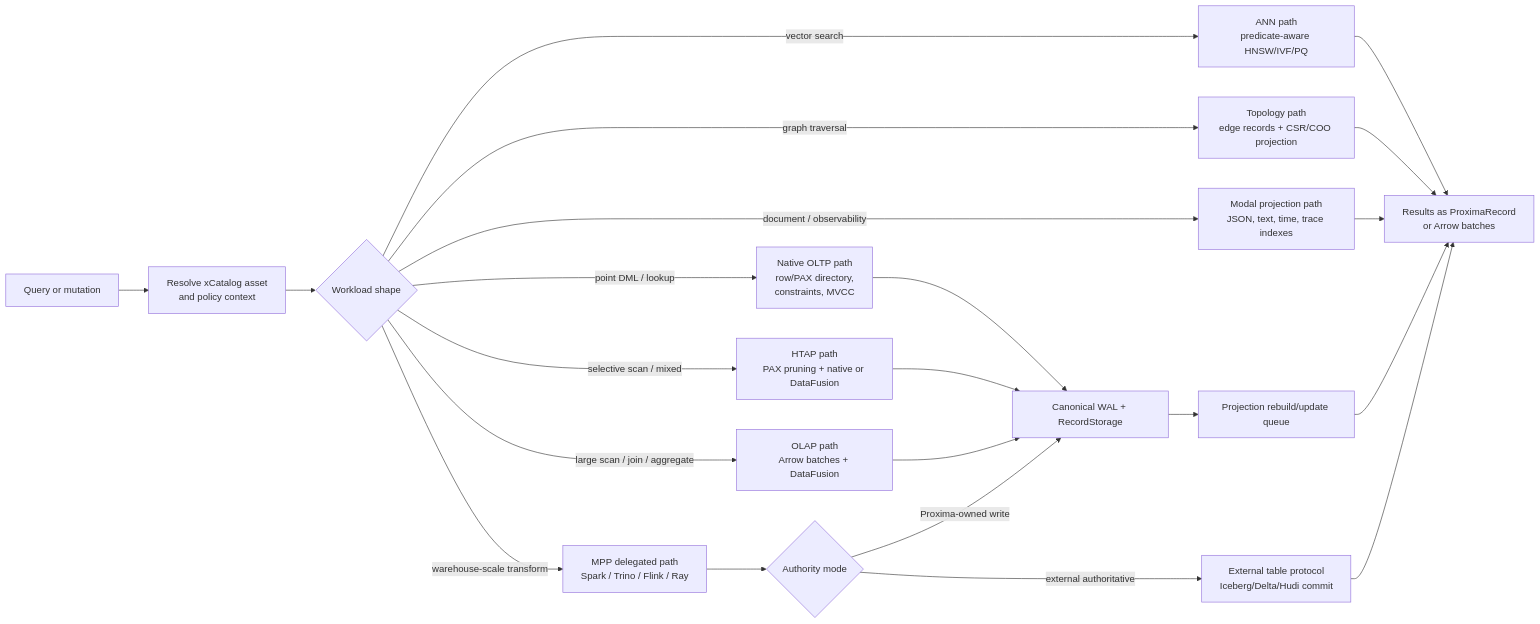
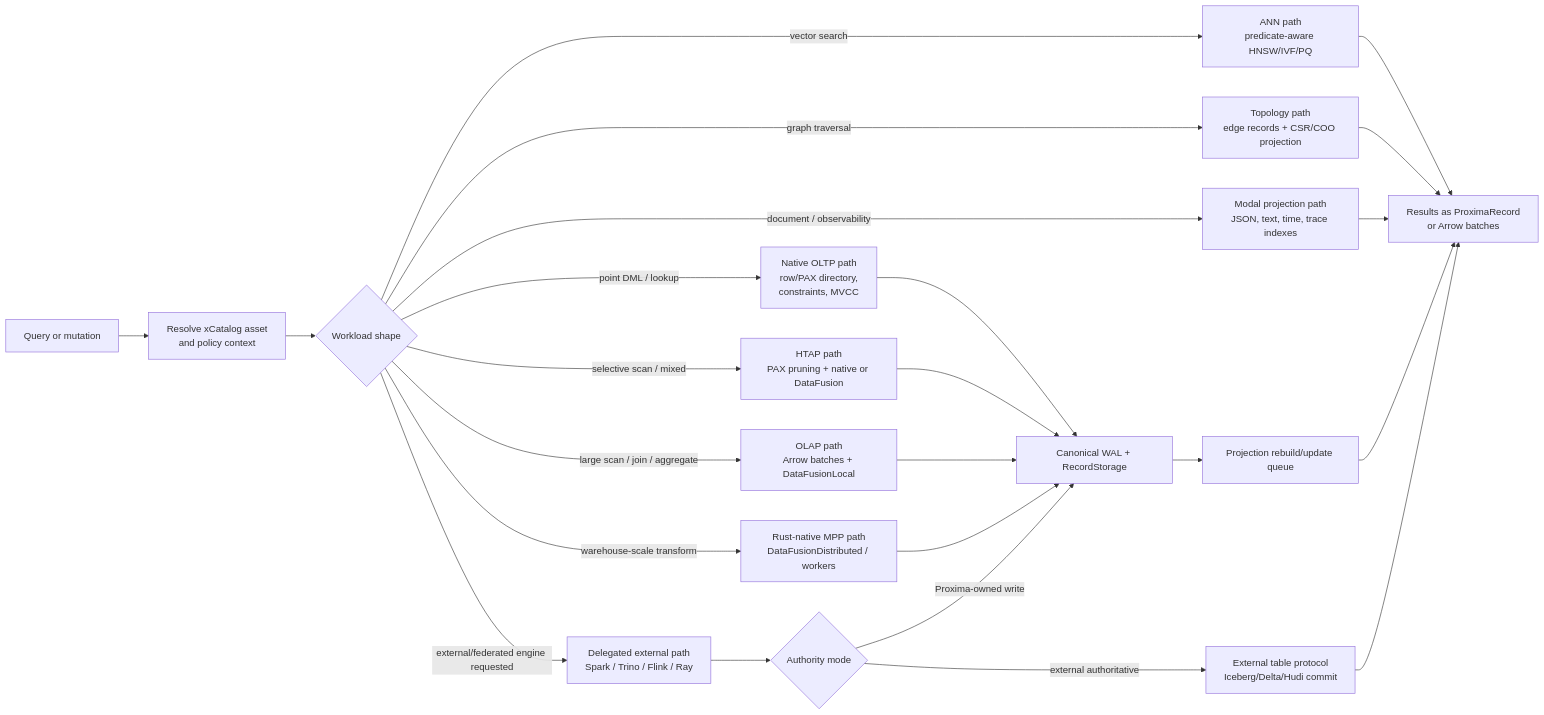
One commit to vjsingh1984/proximaDB changed the second of 5 diagrams in docs/12-design/COMPETITIVE_OLTP_OLAP_MPP_TRAJECTORY_2026_05_20.adoc. Above: the diagram before and after it, drawn with Mermaid. The commit also changed other lines of this file and 20 other files, not shown here.

```diff
--- a/docs/12-design/COMPETITIVE_OLTP_OLAP_MPP_TRAJECTORY_2026_05_20.adoc
+++ b/docs/12-design/COMPETITIVE_OLTP_OLAP_MPP_TRAJECTORY_2026_05_20.adoc
@@ -339,28 +341,30 @@
 [source,mermaid]
 ----
 flowchart LR
   Request["Query or mutation"] --> Validate["Resolve xCatalog asset\nand policy context"]
   Validate --> Shape{"Workload shape"}
 
   Shape -->|point DML / lookup| OLTP["Native OLTP path\nrow/PAX directory,\nconstraints, MVCC"]
   Shape -->|selective scan / mixed| HTAP["HTAP path\nPAX pruning + native or DataFusion"]
-  Shape -->|large scan / join / aggregate| OLAP["OLAP path\nArrow batches + DataFusion"]
-  Shape -->|warehouse-scale transform| MPP["MPP delegated path\nSpark / Trino / Flink / Ray"]
+  Shape -->|large scan / join / aggregate| OLAP["OLAP path\nArrow batches + DataFusionLocal"]
+  Shape -->|warehouse-scale transform| MPP["Rust-native MPP path\nDataFusionDistributed / workers"]
+  Shape -->|external/federated engine requested| ExternalMPP["Delegated external path\nSpark / Trino / Flink / Ray"]
   Shape -->|vector search| Vector["ANN path\npredicate-aware HNSW/IVF/PQ"]
   Shape -->|graph traversal| Graph["Topology path\nedge records + CSR/COO projection"]
   Shape -->|document / observability| Modal["Modal projection path\nJSON, text, time, trace indexes"]
 
   OLTP --> Commit["Canonical WAL + RecordStorage"]
   HTAP --> Commit
   OLAP --> Commit
-  MPP --> Guard{"Authority mode"}
+  MPP --> Commit
+  ExternalMPP --> Guard{"Authority mode"}
   Guard -->|Proxima-owned write| Commit
   Guard -->|external authoritative| ExternalCommit["External table protocol\nIceberg/Delta/Hudi commit"]
 
   Vector --> Results["Results as ProximaRecord\nor Arrow batches"]
   Graph --> Results
   Modal --> Results
   Commit --> ProjectionQueue["Projection rebuild/update queue"]
   ProjectionQueue --> Results
   ExternalCommit --> Results
 ----
```
